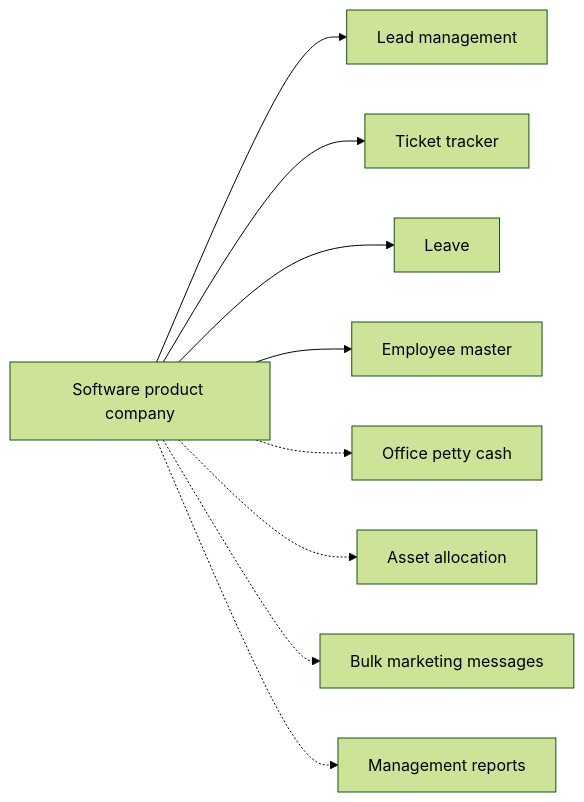
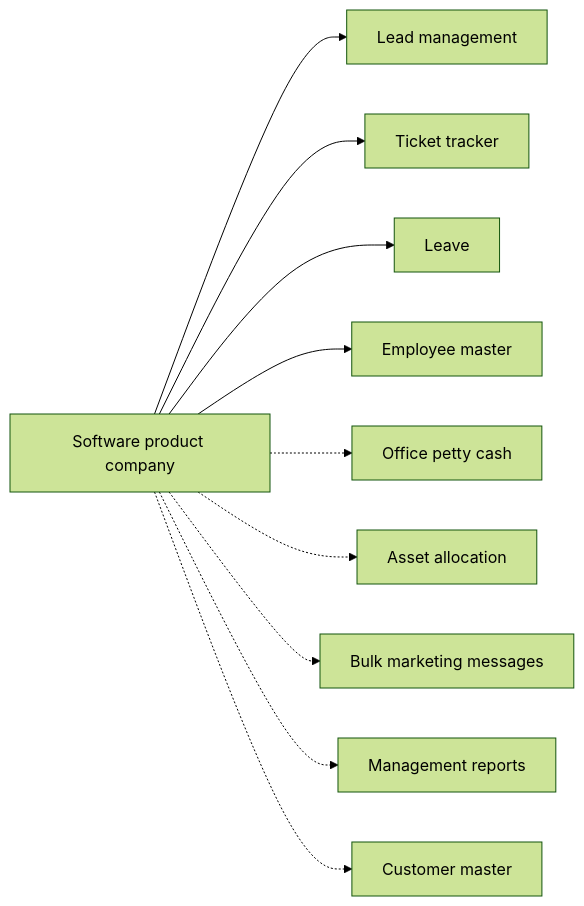
The diagram in neome-studio/reference/template-bank/templates/TPL-software-product-company.md (AadityaParmar/studio-agent), drawn with Mermaid (forest theme) before and after one commit. The commit also changed other lines of this file and 172 other files, not shown here.

````diff
--- a/neome-studio/reference/template-bank/templates/TPL-software-product-company.md
+++ b/neome-studio/reference/template-bank/templates/TPL-software-product-company.md
@@ -39,12 +40,13 @@
 ```mermaid
 flowchart LR
   T["Software product company"]
   T --> C0["Lead management"]
   T --> C1["Ticket tracker"]
   T --> C2["Leave"]
   T --> C3["Employee master"]
   T -.-> O0["Office petty cash"]
   T -.-> O1["Asset allocation"]
   T -.-> O2["Bulk marketing messages"]
   T -.-> O3["Management reports"]
+  T -.-> O4["Customer master"]
 ```
````
